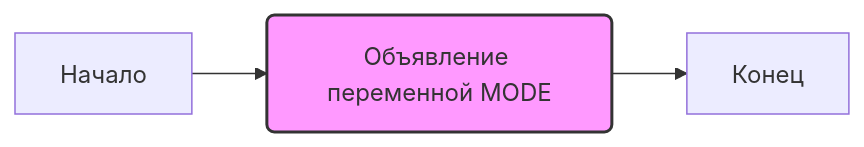
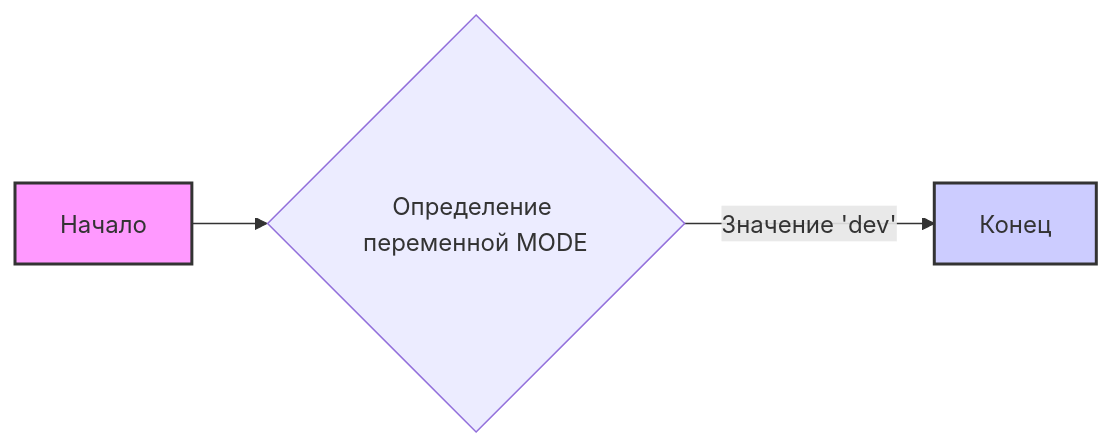
The first of 2 diagrams in docs/gemini/ru/explainer/src/translators/__init__.py.md (hypo69/hypo), drawn with Mermaid before and after one commit. The commit also changed other lines of this file and 3338 other files, not shown here.

````diff
--- a/docs/gemini/ru/explainer/src/translators/__init__.py.md
+++ b/docs/gemini/ru/explainer/src/translators/__init__.py.md
@@ -12,6 +10,9 @@
 ```mermaid
 graph LR
-    A[Начало] --> B(Объявление переменной MODE);
-    B --> C[Конец];
-    style B fill:#f9f,stroke:#333,stroke-width:2px
+    A[Начало] --> B{Определение переменной MODE};
+    B -- Значение 'dev' --> C[Конец];
+    style A fill:#f9f,stroke:#333,stroke-width:2px
+    style C fill:#ccf,stroke:#333,stroke-width:2px
+    classDef blue fill:#f9f,stroke:#333,stroke-width:2px
+    class A,C blue
 ```
````
